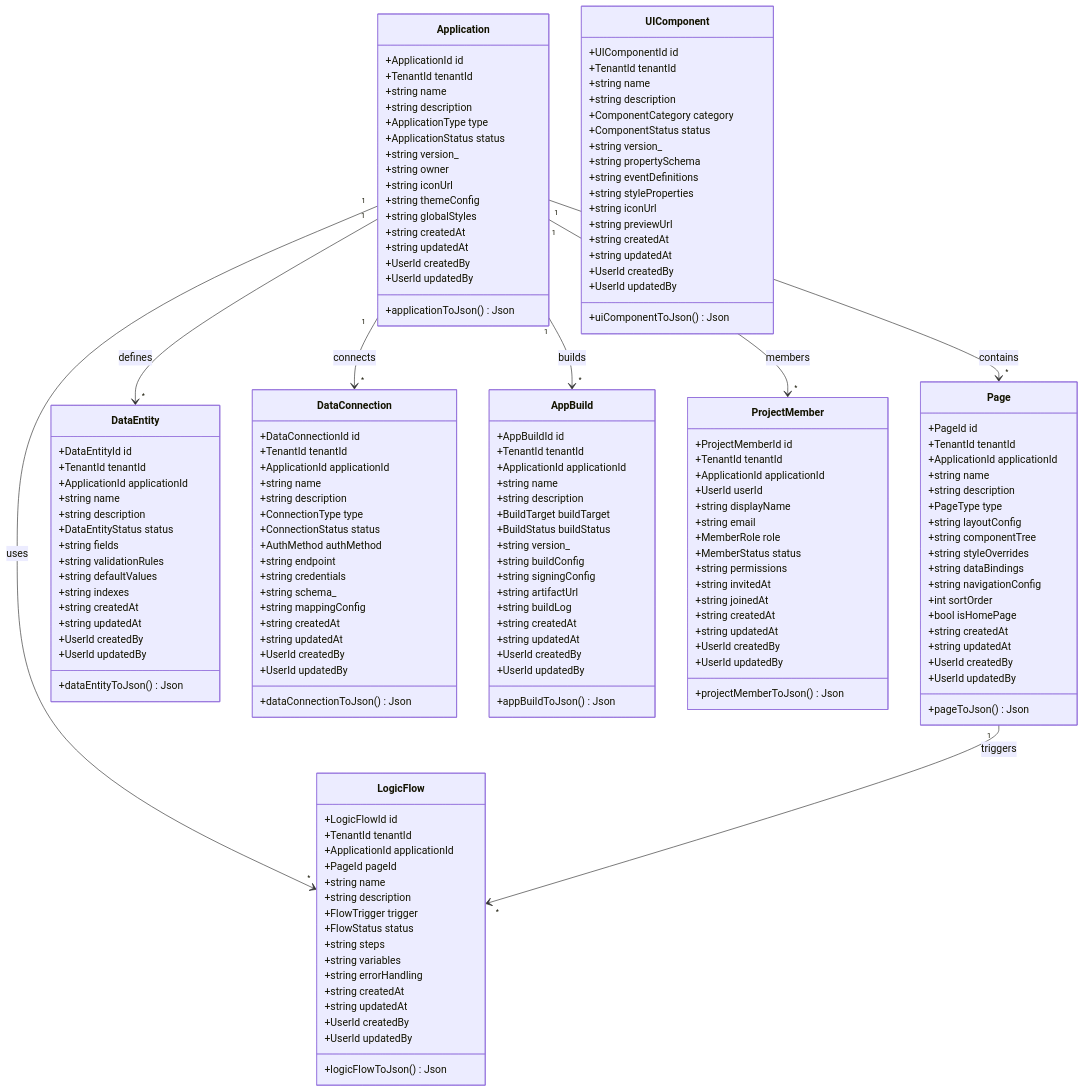
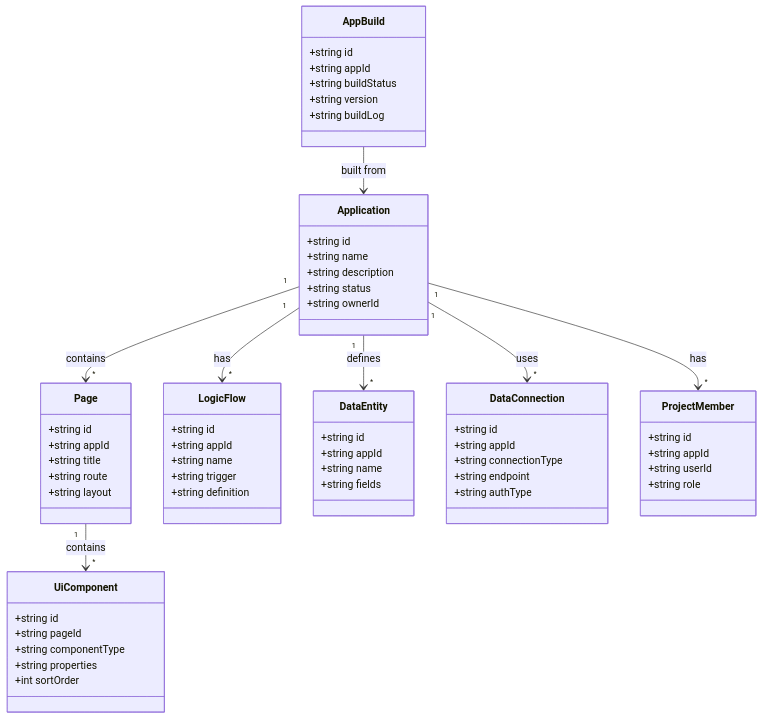
Before and after one commit to UIMSolutions/uim-platform: the first of 3 diagrams in build-apps/UML.md, drawn with Mermaid. The commit also changed other lines of this file and 128 other files, not shown here.

Commit message:
Refactor UML documentation for Task Center and Transport services; streamline class diagrams, sequence diagrams, and component diagrams for clarity and consistency. Update NAFv4 architecture description to enhance structure and readability. Adjust container module imports for better organization.

````diff
--- a/build-apps/UML.md
+++ b/build-apps/UML.md
@@ -5,166 +5,65 @@
 ```mermaid
 classDiagram
     class Application {
-        +ApplicationId id
-        +TenantId tenantId
+        +string id
         +string name
         +string description
-        +ApplicationType type
-        +ApplicationStatus status
-        +string version_
-        +string owner
-        +string iconUrl
-        +string themeConfig
-        +string globalStyles
-        +string createdAt
-        +string updatedAt
-        +UserId createdBy
-        +UserId updatedBy
-        +applicationToJson() Json
+        +string status
+        +string ownerId
     }
-
     class Page {
-        +PageId id
-        +TenantId tenantId
-        +ApplicationId applicationId
+        +string id
+        +string appId
+        +string title
+        +string route
+        +string layout
+    }
+    class UiComponent {
+        +string id
+        +string pageId
+        +string componentType
+        +string properties
+        +int sortOrder
+    }
+    class LogicFlow {
+        +string id
+        +string appId
         +string name
-        +string description
-        +PageType type
-        +string layoutConfig
-        +string componentTree
-        +string styleOverrides
-        +string dataBindings
-        +string navigationConfig
-        +int sortOrder
-        +bool isHomePage
-        +string createdAt
-        +string updatedAt
-        +UserId createdBy
-        +UserId updatedBy
-        +pageToJson() Json
+        +string trigger
+        +string definition
     }
-
-    class UIComponent {
-        +UIComponentId id
-        +TenantId tenantId
+    class DataEntity {
+        +string id
+        +string appId
         +string name
-        +string description
-        +ComponentCategory category
-        +ComponentStatus status
-        +string version_
-        +string propertySchema
-        +string eventDefinitions
-        +string styleProperties
-        +string iconUrl
-        +string previewUrl
-        +string createdAt
-        +string updatedAt
-        +UserId createdBy
-        +UserId updatedBy
-        +uiComponentToJson() Json
+        +string fields
     }
-
-    class DataEntity {
-        +DataEntityId id
-        +TenantId tenantId
-        +ApplicationId applicationId
-        +string name
-        +string description
-        +DataEntityStatus status
-        +string fields
-        +string validationRules
-        +string defaultValues
-        +string indexes
-        +string createdAt
-        +string updatedAt
-        +UserId createdBy
-        +UserId updatedBy
-        +dataEntityToJson() Json
+    class DataConnection {
+        +string id
+        +string appId
+        +string connectionType
+        +string endpoint
+        +string authType
     }
-
-    class DataConnection {
-        +DataConnectionId id
-        +TenantId tenantId
-        +ApplicationId applicationId
-        +string name
-        +string description
-        +ConnectionType type
-        +ConnectionStatus status
-        +AuthMethod authMethod
-        +string endpoint
-        +string credentials
-        +string schema_
-        +string mappingConfig
-        +string createdAt
-        +string updatedAt
-        +UserId createdBy
-        +UserId updatedBy
-        +dataConnectionToJson() Json
+    class ProjectMember {
+        +string id
+        +string appId
+        +string userId
+        +string role
     }
-
-    class LogicFlow {
-        +LogicFlowId id
-        +TenantId tenantId
-        +ApplicationId applicationId
-        +PageId pageId
-        +string name
-        +string description
-        +FlowTrigger trigger
-        +FlowStatus status
-        +string steps
-        +string variables
-        +string errorHandling
-        +string createdAt
-        +string updatedAt
-        +UserId createdBy
-        +UserId updatedBy
-        +logicFlowToJson() Json
-    }
-
     class AppBuild {
-        +AppBuildId id
-        +TenantId tenantId
-        +ApplicationId applicationId
-        +string name
-        +string description
-        +BuildTarget buildTarget
-        +BuildStatus buildStatus
-        +string version_
-        +string buildConfig
-        +string signingConfig
-        +string artifactUrl
+        +string id
+        +string appId
+        +string buildStatus
+        +string version
         +string buildLog
-        +string createdAt
-        +string updatedAt
-        +UserId createdBy
-        +UserId updatedBy
-        +appBuildToJson() Json
-    }
-
-    class ProjectMember {
-        +ProjectMemberId id
-        +TenantId tenantId
-        +ApplicationId applicationId
-        +UserId userId
-        +string displayName
-        +string email
-        +MemberRole role
-        +MemberStatus status
-        +string permissions
-        +string invitedAt
-        +string joinedAt
-        +string createdAt
-        +string updatedAt
-        +UserId createdBy
-        +UserId updatedBy
-        +projectMemberToJson() Json
     }
 
     Application "1" --> "*" Page : contains
+    Page "1" --> "*" UiComponent : contains
+    Application "1" --> "*" LogicFlow : has
     Application "1" --> "*" DataEntity : defines
-    Application "1" --> "*" DataConnection : connects
-    Application "1" --> "*" LogicFlow : uses
-    Application "1" --> "*" AppBuild : builds
-    Application "1" --> "*" ProjectMember : members
-    Page "1" --> "*" LogicFlow : triggers
+    Application "1" --> "*" DataConnection : uses
+    Application "1" --> "*" ProjectMember : has
+    AppBuild --> Application : built from
 ```
````
